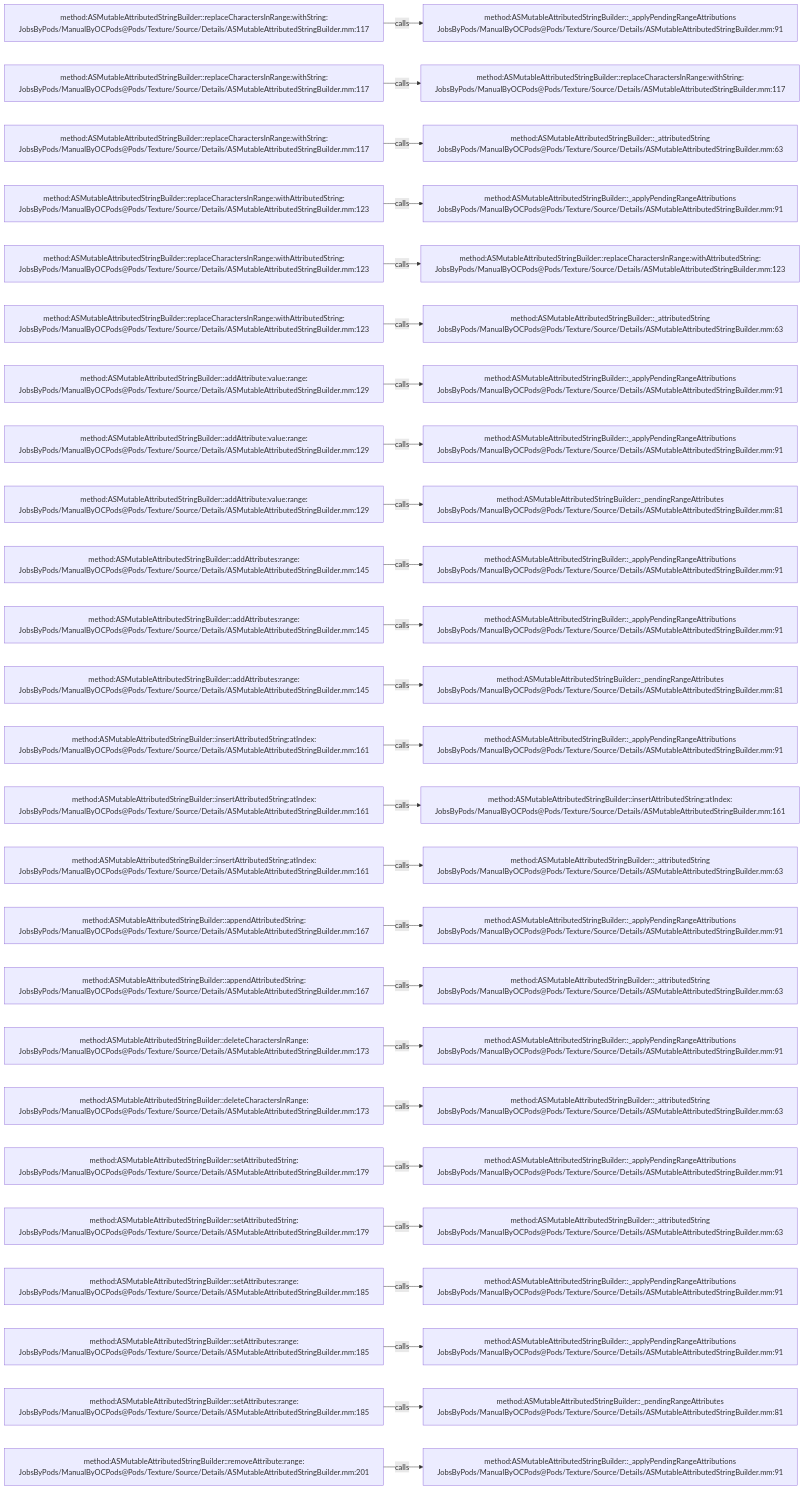
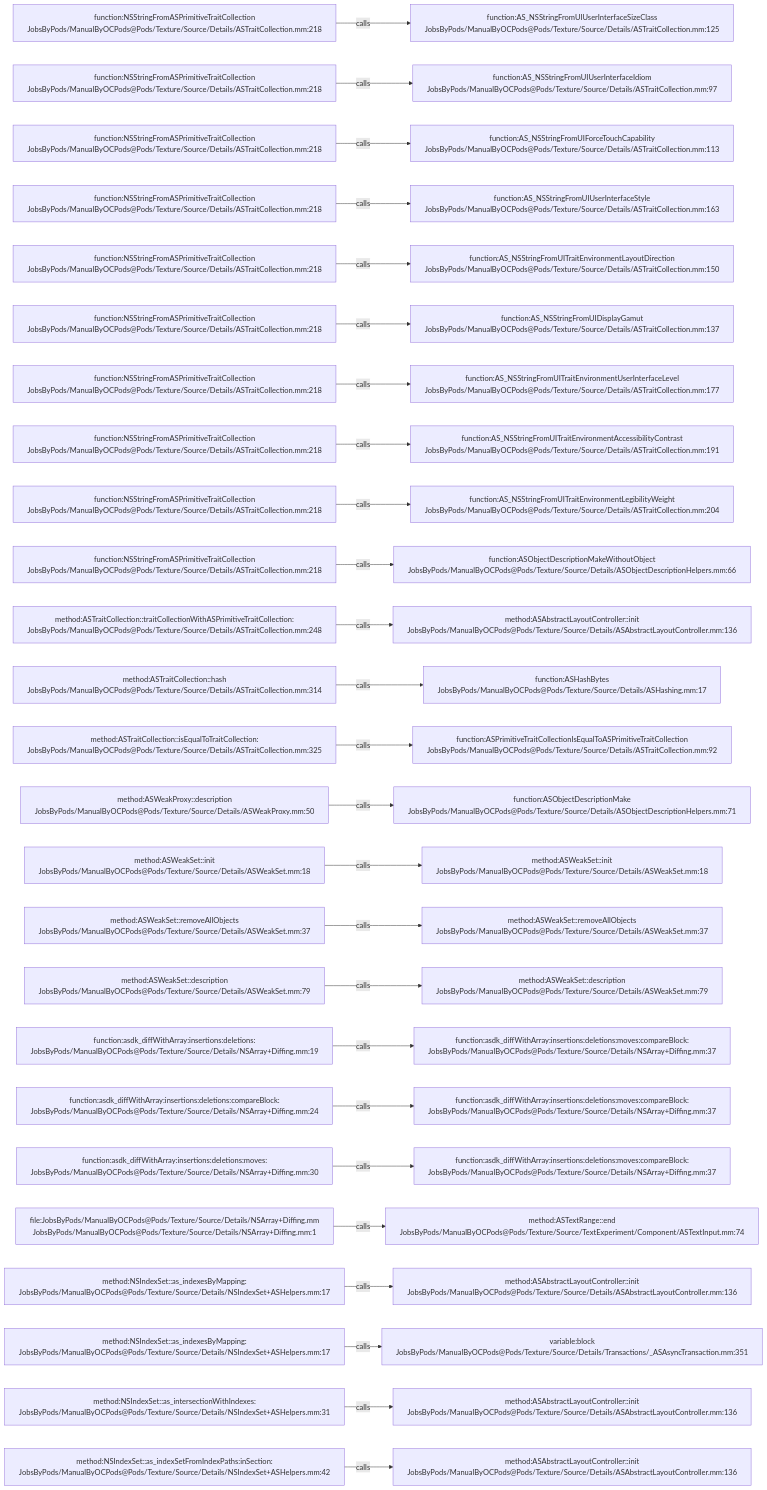
One commit to JobsKits/JobsOCBaseConfigDemo changed the diagram in .codegraph/codegraph.md/graphs/calls-151.md. Above: the diagram before and after it, drawn with Mermaid. The commit also changed 2723 other files, not shown here.

````diff
--- a/.codegraph/codegraph.md/graphs/calls-151.md
+++ b/.codegraph/codegraph.md/graphs/calls-151.md
@@ -13,78 +13,78 @@
 ```mermaid
 flowchart LR
-  S1["method:ASMutableAttributedStringBuilder::replaceCharactersInRange:withString:<br/>JobsByPods/ManualByOCPods@Pods/Texture/Source/Details/ASMutableAttributedStringBuilder.mm:117"]
-  T1["method:ASMutableAttributedStringBuilder::_applyPendingRangeAttributions<br/>JobsByPods/ManualByOCPods@Pods/Texture/Source/Details/ASMutableAttributedStringBuilder.mm:91"]
+  S1["function:NSStringFromASPrimitiveTraitCollection<br/>JobsByPods/ManualByOCPods@Pods/Texture/Source/Details/ASTraitCollection.mm:218"]
+  T1["function:AS_NSStringFromUIUserInterfaceSizeClass<br/>JobsByPods/ManualByOCPods@Pods/Texture/Source/Details/ASTraitCollection.mm:125"]
   S1 -->|calls| T1
-  S2["method:ASMutableAttributedStringBuilder::replaceCharactersInRange:withString:<br/>JobsByPods/ManualByOCPods@Pods/Texture/Source/Details/ASMutableAttributedStringBuilder.mm:117"]
-  T2["method:ASMutableAttributedStringBuilder::replaceCharactersInRange:withString:<br/>JobsByPods/ManualByOCPods@Pods/Texture/Source/Details/ASMutableAttributedStringBuilder.mm:117"]
+  S2["function:NSStringFromASPrimitiveTraitCollection<br/>JobsByPods/ManualByOCPods@Pods/Texture/Source/Details/ASTraitCollection.mm:218"]
+  T2["function:AS_NSStringFromUIUserInterfaceIdiom<br/>JobsByPods/ManualByOCPods@Pods/Texture/Source/Details/ASTraitCollection.mm:97"]
   S2 -->|calls| T2
-  S3["method:ASMutableAttributedStringBuilder::replaceCharactersInRange:withString:<br/>JobsByPods/ManualByOCPods@Pods/Texture/Source/Details/ASMutableAttributedStringBuilder.mm:117"]
-  T3["method:ASMutableAttributedStringBuilder::_attributedString<br/>JobsByPods/ManualByOCPods@Pods/Texture/Source/Details/ASMutableAttributedStringBuilder.mm:63"]
+  S3["function:NSStringFromASPrimitiveTraitCollection<br/>JobsByPods/ManualByOCPods@Pods/Texture/Source/Details/ASTraitCollection.mm:218"]
+  T3["function:AS_NSStringFromUIForceTouchCapability<br/>JobsByPods/ManualByOCPods@Pods/Texture/Source/Details/ASTraitCollection.mm:113"]
   S3 -->|calls| T3
-  S4["method:ASMutableAttributedStringBuilder::replaceCharactersInRange:withAttributedString:<br/>JobsByPods/ManualByOCPods@Pods/Texture/Source/Details/ASMutableAttributedStringBuilder.mm:123"]
-  T4["method:ASMutableAttributedStringBuilder::_applyPendingRangeAttributions<br/>JobsByPods/ManualByOCPods@Pods/Texture/Source/Details/ASMutableAttributedStringBuilder.mm:91"]
+  S4["function:NSStringFromASPrimitiveTraitCollection<br/>JobsByPods/ManualByOCPods@Pods/Texture/Source/Details/ASTraitCollection.mm:218"]
+  T4["function:AS_NSStringFromUIUserInterfaceStyle<br/>JobsByPods/ManualByOCPods@Pods/Texture/Source/Details/ASTraitCollection.mm:163"]
   S4 -->|calls| T4
-  S5["method:ASMutableAttributedStringBuilder::replaceCharactersInRange:withAttributedString:<br/>JobsByPods/ManualByOCPods@Pods/Texture/Source/Details/ASMutableAttributedStringBuilder.mm:123"]
-  T5["method:ASMutableAttributedStringBuilder::replaceCharactersInRange:withAttributedString:<br/>JobsByPods/ManualByOCPods@Pods/Texture/Source/Details/ASMutableAttributedStringBuilder.mm:123"]
+  S5["function:NSStringFromASPrimitiveTraitCollection<br/>JobsByPods/ManualByOCPods@Pods/Texture/Source/Details/ASTraitCollection.mm:218"]
+  T5["function:AS_NSStringFromUITraitEnvironmentLayoutDirection<br/>JobsByPods/ManualByOCPods@Pods/Texture/Source/Details/ASTraitCollection.mm:150"]
   S5 -->|calls| T5
-  S6["method:ASMutableAttributedStringBuilder::replaceCharactersInRange:withAttributedString:<br/>JobsByPods/ManualByOCPods@Pods/Texture/Source/Details/ASMutableAttributedStringBuilder.mm:123"]
-  T6["method:ASMutableAttributedStringBuilder::_attributedString<br/>JobsByPods/ManualByOCPods@Pods/Texture/Source/Details/ASMutableAttributedStringBuilder.mm:63"]
+  S6["function:NSStringFromASPrimitiveTraitCollection<br/>JobsByPods/ManualByOCPods@Pods/Texture/Source/Details/ASTraitCollection.mm:218"]
+  T6["function:AS_NSStringFromUIDisplayGamut<br/>JobsByPods/ManualByOCPods@Pods/Texture/Source/Details/ASTraitCollection.mm:137"]
   S6 -->|calls| T6
-  S7["method:ASMutableAttributedStringBuilder::addAttribute:value:range:<br/>JobsByPods/ManualByOCPods@Pods/Texture/Source/Details/ASMutableAttributedStringBuilder.mm:129"]
-  T7["method:ASMutableAttributedStringBuilder::_applyPendingRangeAttributions<br/>JobsByPods/ManualByOCPods@Pods/Texture/Source/Details/ASMutableAttributedStringBuilder.mm:91"]
+  S7["function:NSStringFromASPrimitiveTraitCollection<br/>JobsByPods/ManualByOCPods@Pods/Texture/Source/Details/ASTraitCollection.mm:218"]
+  T7["function:AS_NSStringFromUITraitEnvironmentUserInterfaceLevel<br/>JobsByPods/ManualByOCPods@Pods/Texture/Source/Details/ASTraitCollection.mm:177"]
   S7 -->|calls| T7
-  S8["method:ASMutableAttributedStringBuilder::addAttribute:value:range:<br/>JobsByPods/ManualByOCPods@Pods/Texture/Source/Details/ASMutableAttributedStringBuilder.mm:129"]
-  T8["method:ASMutableAttributedStringBuilder::_applyPendingRangeAttributions<br/>JobsByPods/ManualByOCPods@Pods/Texture/Source/Details/ASMutableAttributedStringBuilder.mm:91"]
+  S8["function:NSStringFromASPrimitiveTraitCollection<br/>JobsByPods/ManualByOCPods@Pods/Texture/Source/Details/ASTraitCollection.mm:218"]
+  T8["function:AS_NSStringFromUITraitEnvironmentAccessibilityContrast<br/>JobsByPods/ManualByOCPods@Pods/Texture/Source/Details/ASTraitCollection.mm:191"]
   S8 -->|calls| T8
-  S9["method:ASMutableAttributedStringBuilder::addAttribute:value:range:<br/>JobsByPods/ManualByOCPods@Pods/Texture/Source/Details/ASMutableAttributedStringBuilder.mm:129"]
-  T9["method:ASMutableAttributedStringBuilder::_pendingRangeAttributes<br/>JobsByPods/ManualByOCPods@Pods/Texture/Source/Details/ASMutableAttributedStringBuilder.mm:81"]
+  S9["function:NSStringFromASPrimitiveTraitCollection<br/>JobsByPods/ManualByOCPods@Pods/Texture/Source/Details/ASTraitCollection.mm:218"]
+  T9["function:AS_NSStringFromUITraitEnvironmentLegibilityWeight<br/>JobsByPods/ManualByOCPods@Pods/Texture/Source/Details/ASTraitCollection.mm:204"]
   S9 -->|calls| T9
-  S10["method:ASMutableAttributedStringBuilder::addAttributes:range:<br/>JobsByPods/ManualByOCPods@Pods/Texture/Source/Details/ASMutableAttributedStringBuilder.mm:145"]
-  T10["method:ASMutableAttributedStringBuilder::_applyPendingRangeAttributions<br/>JobsByPods/ManualByOCPods@Pods/Texture/Source/Details/ASMutableAttributedStringBuilder.mm:91"]
+  S10["function:NSStringFromASPrimitiveTraitCollection<br/>JobsByPods/ManualByOCPods@Pods/Texture/Source/Details/ASTraitCollection.mm:218"]
+  T10["function:ASObjectDescriptionMakeWithoutObject<br/>JobsByPods/ManualByOCPods@Pods/Texture/Source/Details/ASObjectDescriptionHelpers.mm:66"]
   S10 -->|calls| T10
-  S11["method:ASMutableAttributedStringBuilder::addAttributes:range:<br/>JobsByPods/ManualByOCPods@Pods/Texture/Source/Details/ASMutableAttributedStringBuilder.mm:145"]
-  T11["method:ASMutableAttributedStringBuilder::_applyPendingRangeAttributions<br/>JobsByPods/ManualByOCPods@Pods/Texture/Source/Details/ASMutableAttributedStringBuilder.mm:91"]
+  S11["method:ASTraitCollection::traitCollectionWithASPrimitiveTraitCollection:<br/>JobsByPods/ManualByOCPods@Pods/Texture/Source/Details/ASTraitCollection.mm:248"]
+  T11["method:ASAbstractLayoutController::init<br/>JobsByPods/ManualByOCPods@Pods/Texture/Source/Details/ASAbstractLayoutController.mm:136"]
   S11 -->|calls| T11
-  S12["method:ASMutableAttributedStringBuilder::addAttributes:range:<br/>JobsByPods/ManualByOCPods@Pods/Texture/Source/Details/ASMutableAttributedStringBuilder.mm:145"]
-  T12["method:ASMutableAttributedStringBuilder::_pendingRangeAttributes<br/>JobsByPods/ManualByOCPods@Pods/Texture/Source/Details/ASMutableAttributedStringBuilder.mm:81"]
+  S12["method:ASTraitCollection::hash<br/>JobsByPods/ManualByOCPods@Pods/Texture/Source/Details/ASTraitCollection.mm:314"]
+  T12["function:ASHashBytes<br/>JobsByPods/ManualByOCPods@Pods/Texture/Source/Details/ASHashing.mm:17"]
   S12 -->|calls| T12
-  S13["method:ASMutableAttributedStringBuilder::insertAttributedString:atIndex:<br/>JobsByPods/ManualByOCPods@Pods/Texture/Source/Details/ASMutableAttributedStringBuilder.mm:161"]
-  T13["method:ASMutableAttributedStringBuilder::_applyPendingRangeAttributions<br/>JobsByPods/ManualByOCPods@Pods/Texture/Source/Details/ASMutableAttributedStringBuilder.mm:91"]
+  S13["method:ASTraitCollection::isEqualToTraitCollection:<br/>JobsByPods/ManualByOCPods@Pods/Texture/Source/Details/ASTraitCollection.mm:325"]
+  T13["function:ASPrimitiveTraitCollectionIsEqualToASPrimitiveTraitCollection<br/>JobsByPods/ManualByOCPods@Pods/Texture/Source/Details/ASTraitCollection.mm:92"]
   S13 -->|calls| T13
-  S14["method:ASMutableAttributedStringBuilder::insertAttributedString:atIndex:<br/>JobsByPods/ManualByOCPods@Pods/Texture/Source/Details/ASMutableAttributedStringBuilder.mm:161"]
-  T14["method:ASMutableAttributedStringBuilder::insertAttributedString:atIndex:<br/>JobsByPods/ManualByOCPods@Pods/Texture/Source/Details/ASMutableAttributedStringBuilder.mm:161"]
+  S14["method:ASWeakProxy::description<br/>JobsByPods/ManualByOCPods@Pods/Texture/Source/Details/ASWeakProxy.mm:50"]
+  T14["function:ASObjectDescriptionMake<br/>JobsByPods/ManualByOCPods@Pods/Texture/Source/Details/ASObjectDescriptionHelpers.mm:71"]
   S14 -->|calls| T14
-  S15["method:ASMutableAttributedStringBuilder::insertAttributedString:atIndex:<br/>JobsByPods/ManualByOCPods@Pods/Texture/Source/Details/ASMutableAttributedStringBuilder.mm:161"]
-  T15["method:ASMutableAttributedStringBuilder::_attributedString<br/>JobsByPods/ManualByOCPods@Pods/Texture/Source/Details/ASMutableAttributedStringBuilder.mm:63"]
+  S15["method:ASWeakSet::init<br/>JobsByPods/ManualByOCPods@Pods/Texture/Source/Details/ASWeakSet.mm:18"]
+  T15["method:ASWeakSet::init<br/>JobsByPods/ManualByOCPods@Pods/Texture/Source/Details/ASWeakSet.mm:18"]
   S15 -->|calls| T15
-  S16["method:ASMutableAttributedStringBuilder::appendAttributedString:<br/>JobsByPods/ManualByOCPods@Pods/Texture/Source/Details/ASMutableAttributedStringBuilder.mm:167"]
-  T16["method:ASMutableAttributedStringBuilder::_applyPendingRangeAttributions<br/>JobsByPods/ManualByOCPods@Pods/Texture/Source/Details/ASMutableAttributedStringBuilder.mm:91"]
+  S16["method:ASWeakSet::removeAllObjects<br/>JobsByPods/ManualByOCPods@Pods/Texture/Source/Details/ASWeakSet.mm:37"]
+  T16["method:ASWeakSet::removeAllObjects<br/>JobsByPods/ManualByOCPods@Pods/Texture/Source/Details/ASWeakSet.mm:37"]
   S16 -->|calls| T16
-  S17["method:ASMutableAttributedStringBuilder::appendAttributedString:<br/>JobsByPods/ManualByOCPods@Pods/Texture/Source/Details/ASMutableAttributedStringBuilder.mm:167"]
-  T17["method:ASMutableAttributedStringBuilder::_attributedString<br/>JobsByPods/ManualByOCPods@Pods/Texture/Source/Details/ASMutableAttributedStringBuilder.mm:63"]
+  S17["method:ASWeakSet::description<br/>JobsByPods/ManualByOCPods@Pods/Texture/Source/Details/ASWeakSet.mm:79"]
+  T17["method:ASWeakSet::description<br/>JobsByPods/ManualByOCPods@Pods/Texture/Source/Details/ASWeakSet.mm:79"]
   S17 -->|calls| T17
-  S18["method:ASMutableAttributedStringBuilder::deleteCharactersInRange:<br/>JobsByPods/ManualByOCPods@Pods/Texture/Source/Details/ASMutableAttributedStringBuilder.mm:173"]
-  T18["method:ASMutableAttributedStringBuilder::_applyPendingRangeAttributions<br/>JobsByPods/ManualByOCPods@Pods/Texture/Source/Details/ASMutableAttributedStringBuilder.mm:91"]
+  S18["function:asdk_diffWithArray:insertions:deletions:<br/>JobsByPods/ManualByOCPods@Pods/Texture/Source/Details/NSArray+Diffing.mm:19"]
+  T18["function:asdk_diffWithArray:insertions:deletions:moves:compareBlock:<br/>JobsByPods/ManualByOCPods@Pods/Texture/Source/Details/NSArray+Diffing.mm:37"]
   S18 -->|calls| T18
-  S19["method:ASMutableAttributedStringBuilder::deleteCharactersInRange:<br/>JobsByPods/ManualByOCPods@Pods/Texture/Source/Details/ASMutableAttributedStringBuilder.mm:173"]
-  T19["method:ASMutableAttributedStringBuilder::_attributedString<br/>JobsByPods/ManualByOCPods@Pods/Texture/Source/Details/ASMutableAttributedStringBuilder.mm:63"]
+  S19["function:asdk_diffWithArray:insertions:deletions:compareBlock:<br/>JobsByPods/ManualByOCPods@Pods/Texture/Source/Details/NSArray+Diffing.mm:24"]
+  T19["function:asdk_diffWithArray:insertions:deletions:moves:compareBlock:<br/>JobsByPods/ManualByOCPods@Pods/Texture/Source/Details/NSArray+Diffing.mm:37"]
   S19 -->|calls| T19
-  S20["method:ASMutableAttributedStringBuilder::setAttributedString:<br/>JobsByPods/ManualByOCPods@Pods/Texture/Source/Details/ASMutableAttributedStringBuilder.mm:179"]
-  T20["method:ASMutableAttributedStringBuilder::_applyPendingRangeAttributions<br/>JobsByPods/ManualByOCPods@Pods/Texture/Source/Details/ASMutableAttributedStringBuilder.mm:91"]
+  S20["function:asdk_diffWithArray:insertions:deletions:moves:<br/>JobsByPods/ManualByOCPods@Pods/Texture/Source/Details/NSArray+Diffing.mm:30"]
+  T20["function:asdk_diffWithArray:insertions:deletions:moves:compareBlock:<br/>JobsByPods/ManualByOCPods@Pods/Texture/Source/Details/NSArray+Diffing.mm:37"]
   S20 -->|calls| T20
-  S21["method:ASMutableAttributedStringBuilder::setAttributedString:<br/>JobsByPods/ManualByOCPods@Pods/Texture/Source/Details/ASMutableAttributedStringBuilder.mm:179"]
-  T21["method:ASMutableAttributedStringBuilder::_attributedString<br/>JobsByPods/ManualByOCPods@Pods/Texture/Source/Details/ASMutableAttributedStringBuilder.mm:63"]
+  S21["file:JobsByPods/ManualByOCPods@Pods/Texture/Source/Details/NSArray+Diffing.mm<br/>JobsByPods/ManualByOCPods@Pods/Texture/Source/Details/NSArray+Diffing.mm:1"]
+  T21["method:ASTextRange::end<br/>JobsByPods/ManualByOCPods@Pods/Texture/Source/TextExperiment/Component/ASTextInput.mm:74"]
   S21 -->|calls| T21
-  S22["method:ASMutableAttributedStringBuilder::setAttributes:range:<br/>JobsByPods/ManualByOCPods@Pods/Texture/Source/Details/ASMutableAttributedStringBuilder.mm:185"]
-  T22["method:ASMutableAttributedStringBuilder::_applyPendingRangeAttributions<br/>JobsByPods/ManualByOCPods@Pods/Texture/Source/Details/ASMutableAttributedStringBuilder.mm:91"]
+  S22["method:NSIndexSet::as_indexesByMapping:<br/>JobsByPods/ManualByOCPods@Pods/Texture/Source/Details/NSIndexSet+ASHelpers.mm:17"]
+  T22["method:ASAbstractLayoutController::init<br/>JobsByPods/ManualByOCPods@Pods/Texture/Source/Details/ASAbstractLayoutController.mm:136"]
   S22 -->|calls| T22
-  S23["method:ASMutableAttributedStringBuilder::setAttributes:range:<br/>JobsByPods/ManualByOCPods@Pods/Texture/Source/Details/ASMutableAttributedStringBuilder.mm:185"]
-  T23["method:ASMutableAttributedStringBuilder::_applyPendingRangeAttributions<br/>JobsByPods/ManualByOCPods@Pods/Texture/Source/Details/ASMutableAttributedStringBuilder.mm:91"]
+  S23["method:NSIndexSet::as_indexesByMapping:<br/>JobsByPods/ManualByOCPods@Pods/Texture/Source/Details/NSIndexSet+ASHelpers.mm:17"]
+  T23["variable:block<br/>JobsByPods/ManualByOCPods@Pods/Texture/Source/Details/Transactions/_ASAsyncTransaction.mm:351"]
   S23 -->|calls| T23
-  S24["method:ASMutableAttributedStringBuilder::setAttributes:range:<br/>JobsByPods/ManualByOCPods@Pods/Texture/Source/Details/ASMutableAttributedStringBuilder.mm:185"]
-  T24["method:ASMutableAttributedStringBuilder::_pendingRangeAttributes<br/>JobsByPods/ManualByOCPods@Pods/Texture/Source/Details/ASMutableAttributedStringBuilder.mm:81"]
+  S24["method:NSIndexSet::as_intersectionWithIndexes:<br/>JobsByPods/ManualByOCPods@Pods/Texture/Source/Details/NSIndexSet+ASHelpers.mm:31"]
+  T24["method:ASAbstractLayoutController::init<br/>JobsByPods/ManualByOCPods@Pods/Texture/Source/Details/ASAbstractLayoutController.mm:136"]
   S24 -->|calls| T24
-  S25["method:ASMutableAttributedStringBuilder::removeAttribute:range:<br/>JobsByPods/ManualByOCPods@Pods/Texture/Source/Details/ASMutableAttributedStringBuilder.mm:201"]
-  T25["method:ASMutableAttributedStringBuilder::_applyPendingRangeAttributions<br/>JobsByPods/ManualByOCPods@Pods/Texture/Source/Details/ASMutableAttributedStringBuilder.mm:91"]
+  S25["method:NSIndexSet::as_indexSetFromIndexPaths:inSection:<br/>JobsByPods/ManualByOCPods@Pods/Texture/Source/Details/NSIndexSet+ASHelpers.mm:42"]
+  T25["method:ASAbstractLayoutController::init<br/>JobsByPods/ManualByOCPods@Pods/Texture/Source/Details/ASAbstractLayoutController.mm:136"]
   S25 -->|calls| T25
 ```
````
